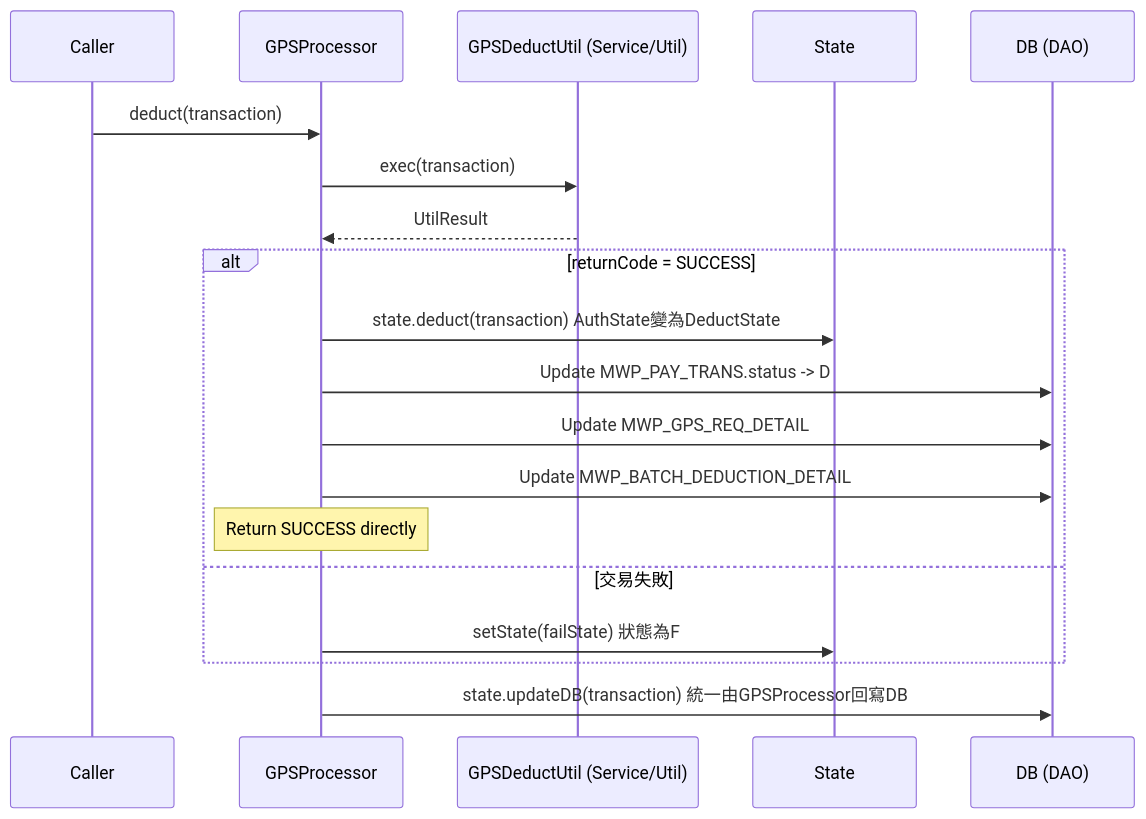
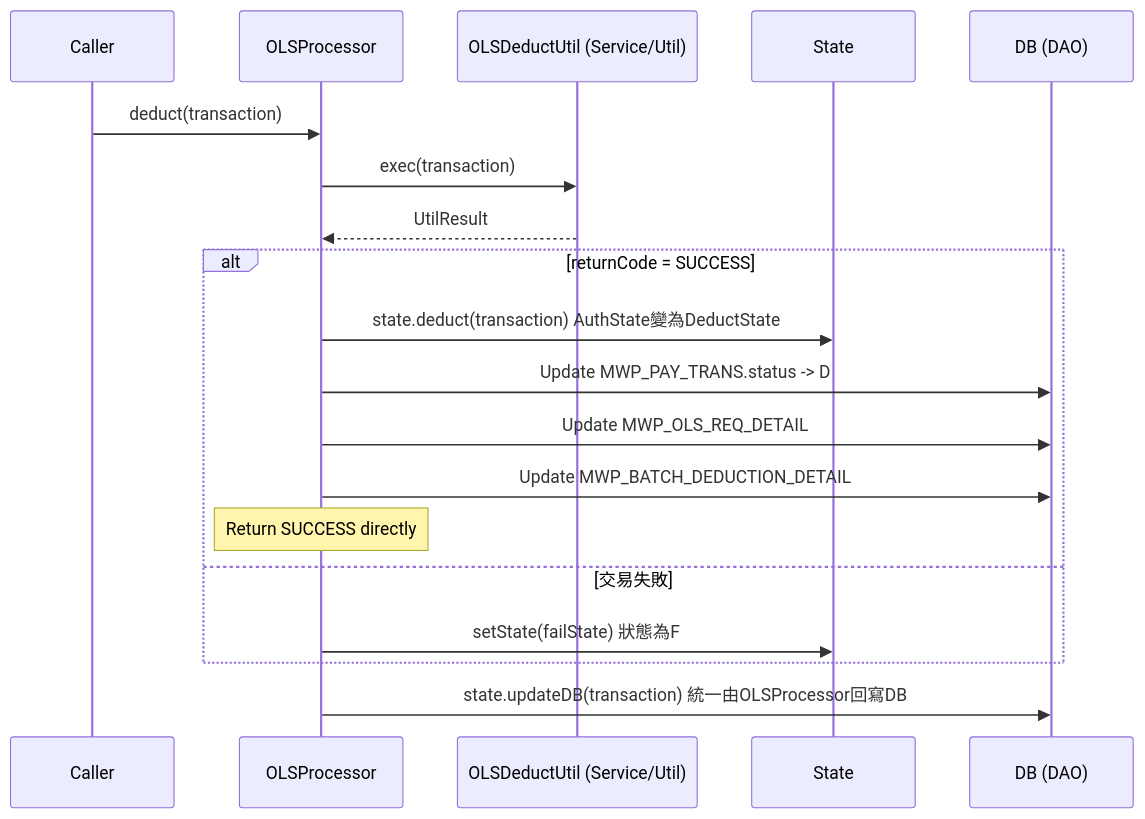
Before and after one commit to ChunPingWang/ai-workshop: the sixth of 10 diagrams in new-pay_OnlineStore_SD.md, drawn with Mermaid. The commit also changed other lines of this file and 28 other files, not shown here.

First line of the commit message:
去識別化：全面移除 GPS 字眼，改以 OnlineStore 縮寫 OLS

````diff
--- a/new-pay_OnlineStore_SD.md
+++ b/new-pay_OnlineStore_SD.md
@@ -292,21 +292,21 @@
 ```mermaid
 sequenceDiagram
     participant CL as Caller
-    participant GP as GPSProcessor
-    participant UT as GPSDeductUtil (Service/Util)
+    participant GP as OLSProcessor
+    participant UT as OLSDeductUtil (Service/Util)
     participant ST as State
     participant DB as DB (DAO)
     CL->>GP: deduct(transaction)
     GP->>UT: exec(transaction)
     UT-->>GP: UtilResult
     alt returnCode = SUCCESS
         GP->>ST: state.deduct(transaction) AuthState變為DeductState
         GP->>DB: Update MWP_PAY_TRANS.status -> D
-        GP->>DB: Update MWP_GPS_REQ_DETAIL
+        GP->>DB: Update MWP_OLS_REQ_DETAIL
         GP->>DB: Update MWP_BATCH_DEDUCTION_DETAIL
         Note over GP: Return SUCCESS directly
     else 交易失敗
         GP->>ST: setState(failState) 狀態為F
     end
-    GP->>DB: state.updateDB(transaction) 統一由GPSProcessor回寫DB
+    GP->>DB: state.updateDB(transaction) 統一由OLSProcessor回寫DB
 ```
````
